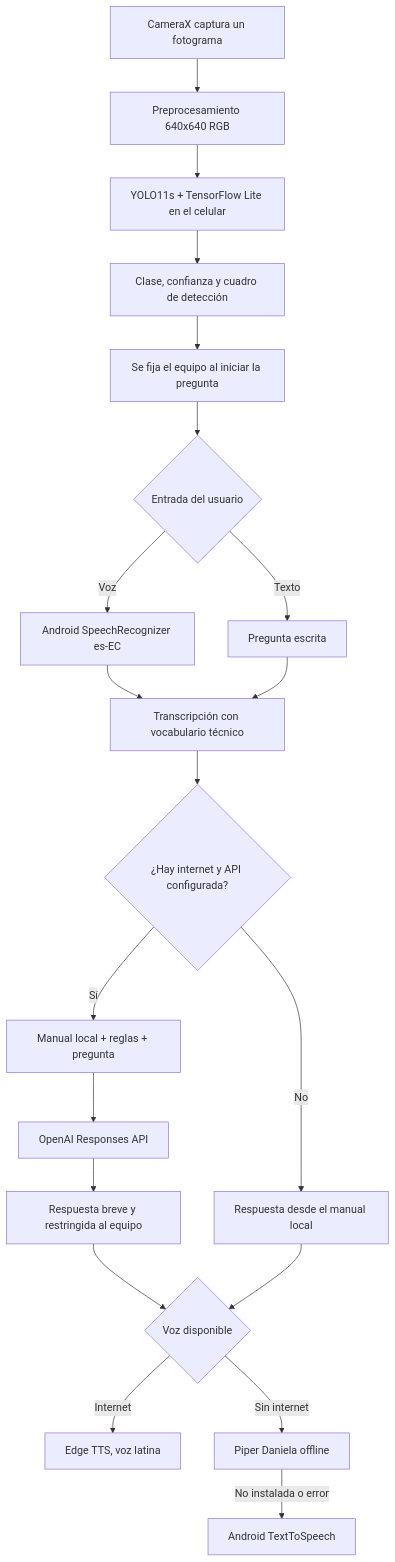
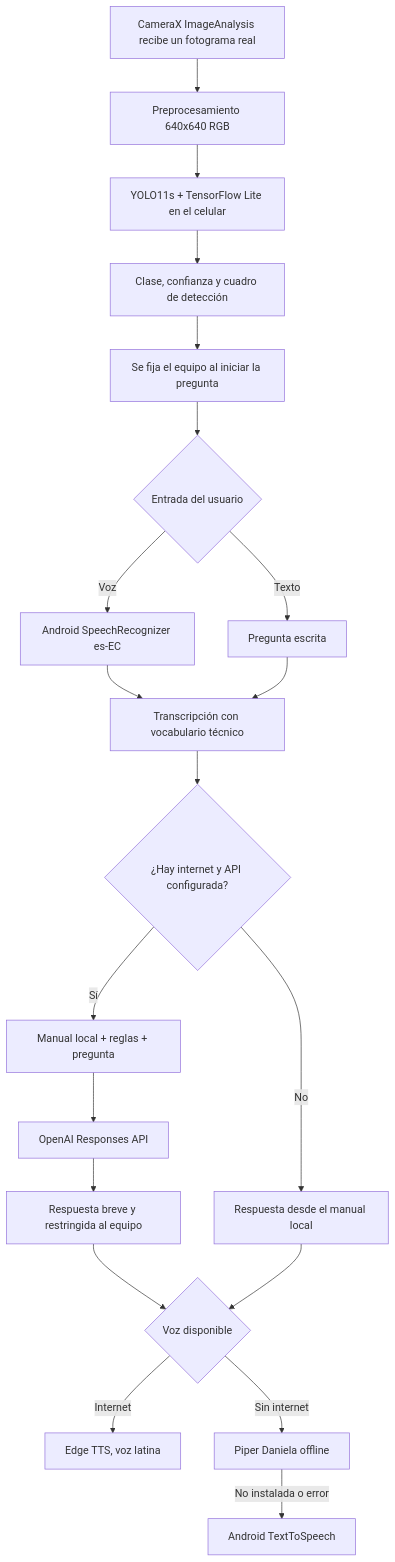
The diagram in README.md (aldairHub/LabDetect), drawn with Mermaid before and after one commit. The commit also changed other lines of this file and 2 other files, not shown here.

Commit message:
Usa ImageAnalysis real para deteccion CameraX

````diff
--- a/README.md
+++ b/README.md
@@ -95,22 +95,22 @@
 ```mermaid
 flowchart TD
-    A[CameraX captura un fotograma] --> B[Preprocesamiento 640x640 RGB]
+    A[CameraX ImageAnalysis recibe un fotograma real] --> B[Preprocesamiento 640x640 RGB]
     B --> C[YOLO11s + TensorFlow Lite en el celular]
     C --> D[Clase, confianza y cuadro de detección]
     D --> E[Se fija el equipo al iniciar la pregunta]
     E --> F{Entrada del usuario}
     F -->|Voz| G[Android SpeechRecognizer es-EC]
     F -->|Texto| H[Pregunta escrita]
     G --> I[Transcripción con vocabulario técnico]
     H --> I
     I --> J{¿Hay internet y API configurada?}
     J -->|Sí| K[Manual local + reglas + pregunta]
     K --> L[OpenAI Responses API]
     L --> M[Respuesta breve y restringida al equipo]
     M --> N{Voz disponible}
     N -->|Internet| Q[Edge TTS, voz latina]
     N -->|Sin internet| R[Piper Daniela offline]
     R -->|No instalada o error| S[Android TextToSpeech]
     J -->|No| O[Respuesta desde el manual local]
     O --> N
 ```
````
